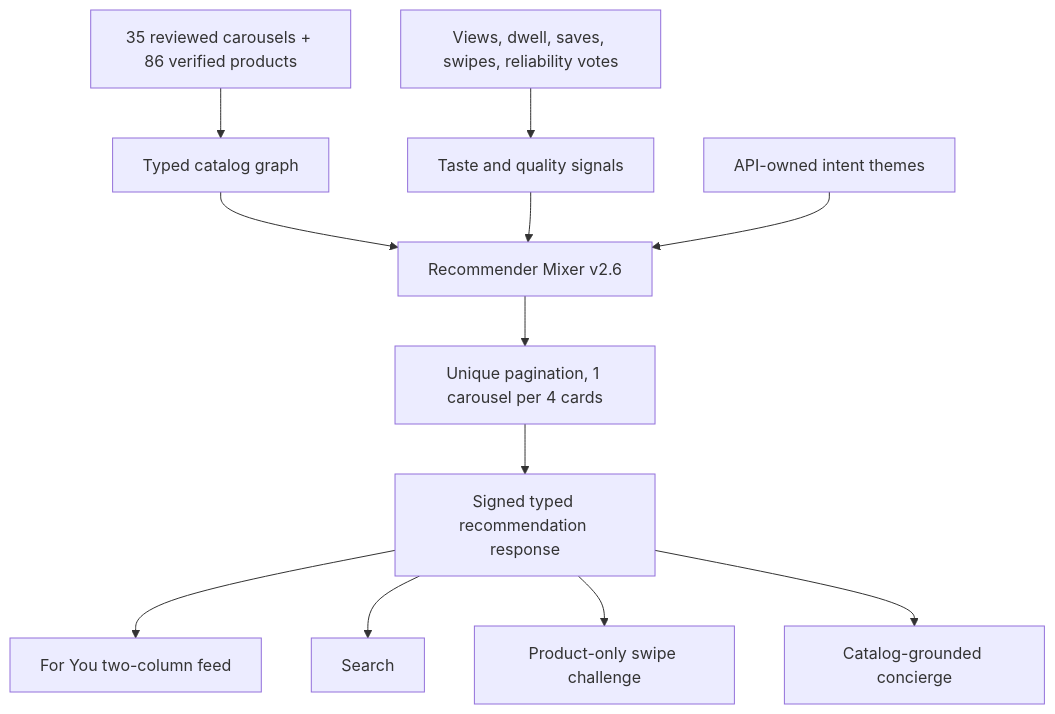
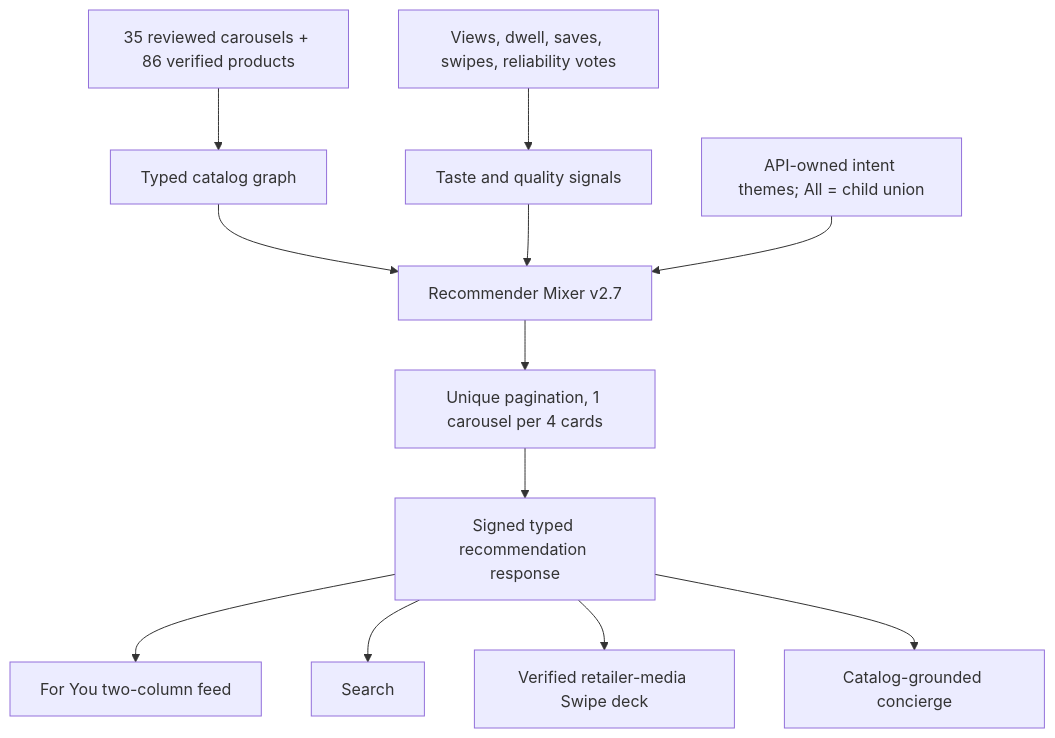
Before and after one commit to Tar-ive/giftmaxxing-mobile: the second of 3 diagrams in docs/swipe-product-image-pipeline.md, drawn with Mermaid. The commit also changed other lines of this file and 13 other files, not shown here.

````diff
--- a/docs/swipe-product-image-pipeline.md
+++ b/docs/swipe-product-image-pipeline.md
@@ -28,14 +33,14 @@
 ```mermaid
 flowchart TD
   Curated["35 reviewed carousels + 86 verified products"] --> Catalog["Typed catalog graph"]
   Events["Views, dwell, saves, swipes, reliability votes"] --> Profile["Taste and quality signals"]
-  Catalog --> Mixer["Recommender Mixer v2.6"]
+  Catalog --> Mixer["Recommender Mixer v2.7"]
   Profile --> Mixer
-  Taxonomy["API-owned intent themes"] --> Mixer
+  Taxonomy["API-owned intent themes; All = child union"] --> Mixer
   Mixer --> Policy["Unique pagination, 1 carousel per 4 cards"]
   Policy --> API["Signed typed recommendation response"]
   API --> Home["For You two-column feed"]
   API --> Search["Search"]
-  API --> Challenge["Product-only swipe challenge"]
+  API --> Challenge["Verified retailer-media Swipe deck"]
   API --> Maxi["Catalog-grounded concierge"]
 ```
````
